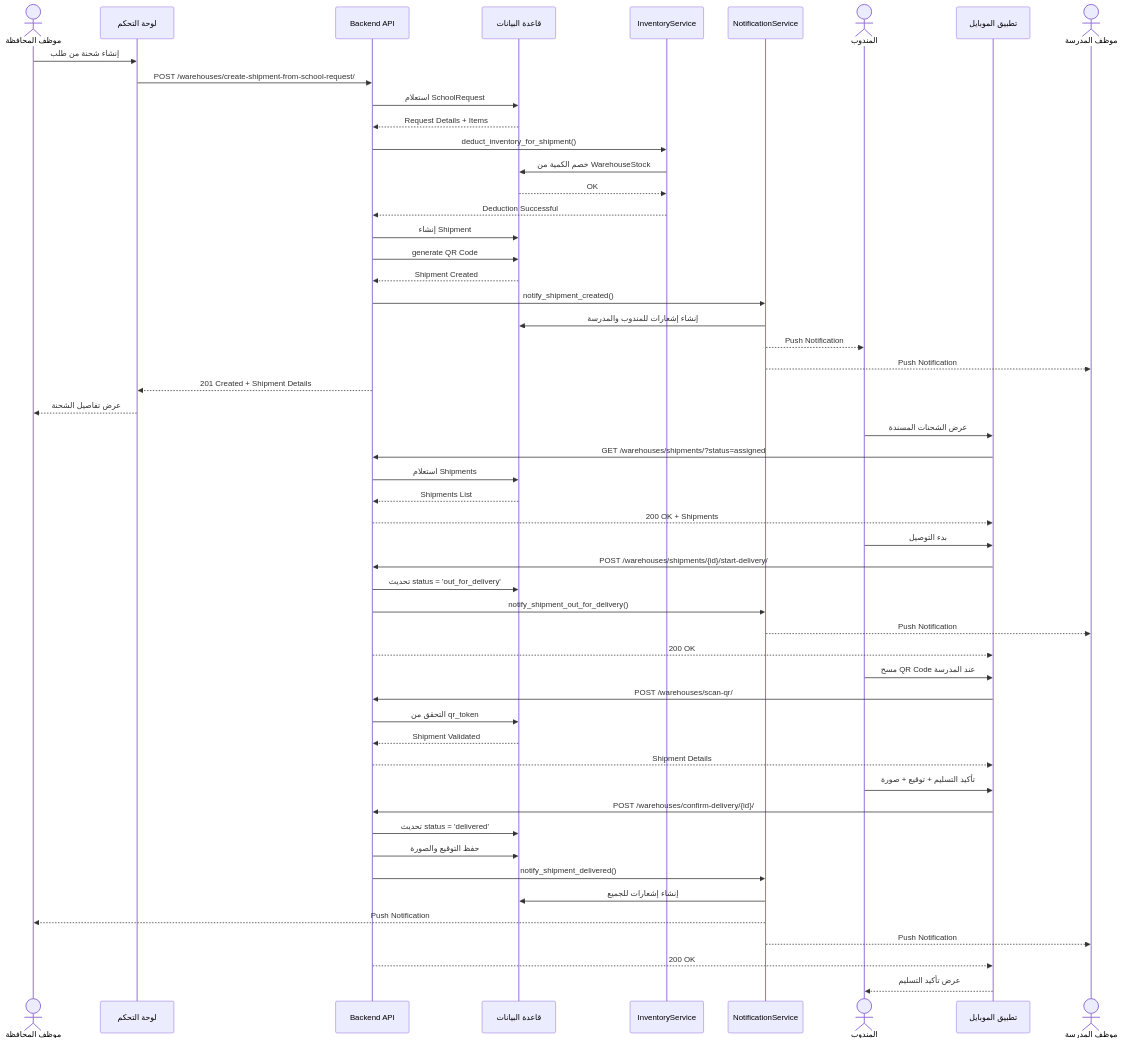
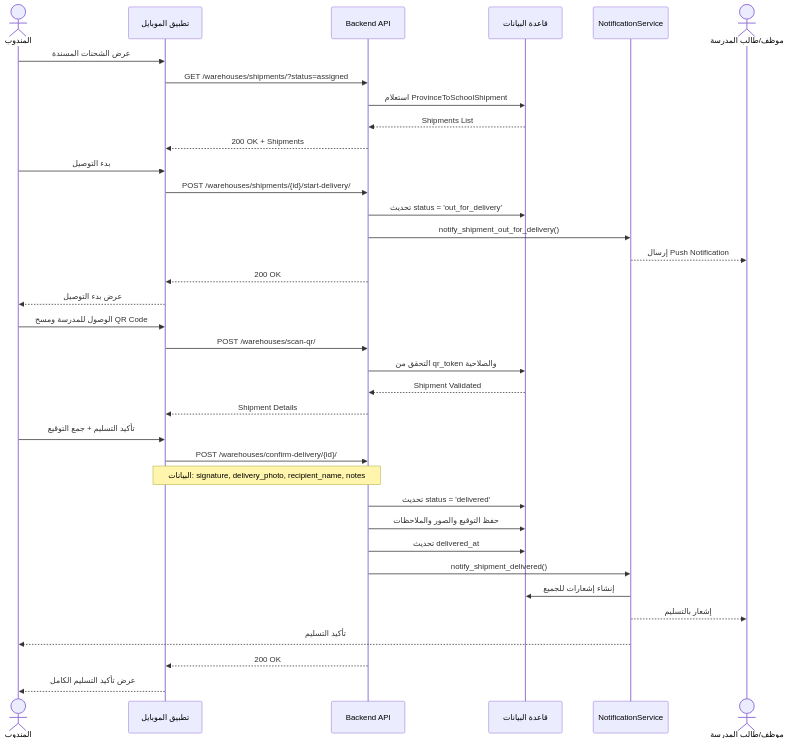
Before and after one commit to emad60/ketabi: the sixth of 13 diagrams in docs/GRADUATION_DIAGRAMS.md, drawn with Mermaid. The commit also changed other lines of this file and 20 other files, not shown here.

First line of the commit message:
feat: Implement approved school requests creation and shipment management

````diff
--- a/docs/GRADUATION_DIAGRAMS.md
+++ b/docs/GRADUATION_DIAGRAMS.md
@@ -713,64 +858,45 @@
 ```mermaid
 sequenceDiagram
-    actor Province as موظف المحافظة
-    participant Web as لوحة التحكم
+    actor Courier as المندوب
+    participant Mobile as تطبيق الموبايل
     participant API as Backend API
     participant DB as قاعدة البيانات
-    participant Inventory as InventoryService
     participant Notify as NotificationService
-    actor Courier as المندوب
-    participant Mobile as تطبيق الموبايل
-    actor School as موظف المدرسة
-    
-    Province->>Web: إنشاء شحنة من طلب
-    Web->>API: POST /warehouses/create-shipment-from-school-request/
-    API->>DB: استعلام SchoolRequest
-    DB-->>API: Request Details + Items
-    
-    API->>Inventory: deduct_inventory_for_shipment()
-    Inventory->>DB: خصم الكمية من WarehouseStock
-    DB-->>Inventory: OK
-    Inventory-->>API: Deduction Successful
-    
-    API->>DB: إنشاء Shipment
-    API->>DB: generate QR Code
-    DB-->>API: Shipment Created
-    
-    API->>Notify: notify_shipment_created()
-    Notify->>DB: إنشاء إشعارات للمندوب والمدرسة
-    Notify-->>Courier: Push Notification
-    Notify-->>School: Push Notification
-    
-    API-->>Web: 201 Created + Shipment Details
-    Web-->>Province: عرض تفاصيل الشحنة
+    actor School as موظف/طالب المدرسة
     
     Courier->>Mobile: عرض الشحنات المسندة
     Mobile->>API: GET /warehouses/shipments/?status=assigned
-    API->>DB: استعلام Shipments
+    API->>DB: استعلام ProvinceToSchoolShipment
     DB-->>API: Shipments List
     API-->>Mobile: 200 OK + Shipments
     
     Courier->>Mobile: بدء التوصيل
     Mobile->>API: POST /warehouses/shipments/{id}/start-delivery/
     API->>DB: تحديث status = 'out_for_delivery'
     API->>Notify: notify_shipment_out_for_delivery()
-    Notify-->>School: Push Notification
+    Notify-->>School: إرسال Push Notification
     API-->>Mobile: 200 OK
+    Mobile-->>Courier: عرض بدء التوصيل
     
-    Courier->>Mobile: مسح QR Code عند المدرسة
+    Courier->>Mobile: الوصول للمدرسة ومسح QR Code
     Mobile->>API: POST /warehouses/scan-qr/
-    API->>DB: التحقق من qr_token
+    API->>DB: التحقق من qr_token والصلاحية
     DB-->>API: Shipment Validated
     API-->>Mobile: Shipment Details
     
-    Courier->>Mobile: تأكيد التسليم + توقيع + صورة
+    Courier->>Mobile: تأكيد التسليم + جمع التوقيع
     Mobile->>API: POST /warehouses/confirm-delivery/{id}/
+    Note over Mobile,API: البيانات: signature, delivery_photo, recipient_name, notes
+    
     API->>DB: تحديث status = 'delivered'
-    API->>DB: حفظ التوقيع والصورة
+    API->>DB: حفظ التوقيع والصور والملاحظات
+    API->>DB: تحديث delivered_at
+    
     API->>Notify: notify_shipment_delivered()
     Notify->>DB: إنشاء إشعارات للجميع
-    Notify-->>Province: Push Notification
-    Notify-->>School: Push Notification
+    Notify-->>School: إشعار بالتسليم
+    Notify-->>Courier: تأكيد التسليم
+    
     API-->>Mobile: 200 OK
-    Mobile-->>Courier: عرض تأكيد التسليم
+    Mobile-->>Courier: عرض تأكيد التسليم الكامل
 ```
````
